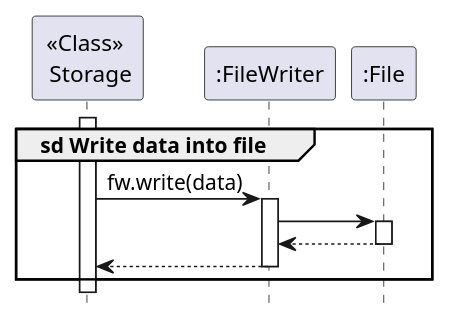
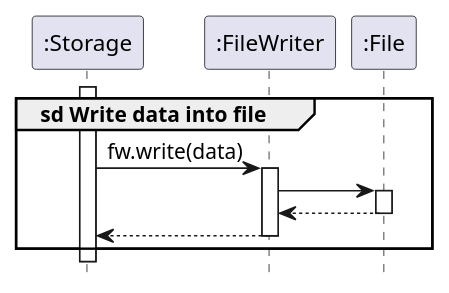
One commit to TiangSoonYong/tp changed the second of 2 diagrams in docs/diagrams/saveSequence.puml. Above: the diagram before and after it, drawn with PlantUML. The commit also changed other lines of this file and 13 other files, not shown here.

```diff
--- a/docs/diagrams/saveSequence.puml
+++ b/docs/diagrams/saveSequence.puml
@@ -45,20 +49,20 @@
 @startuml
 hide footbox
 skinparam sequenceReferenceBackgroundColor #FFFFFF
 
-participant "<<Class>> \n Storage" as Storage
+participant ":Storage" as Storage
 participant ":FileWriter" as FileWriter
 participant ":File" as File
 
 activate Storage
 group sd Write data into file
     Storage -> FileWriter: fw.write(data)
     activate FileWriter
     FileWriter -> File
     activate File
     File --> FileWriter
     deactivate File
     FileWriter --> Storage
     deactivate FileWriter
 end group
 @enduml
```
